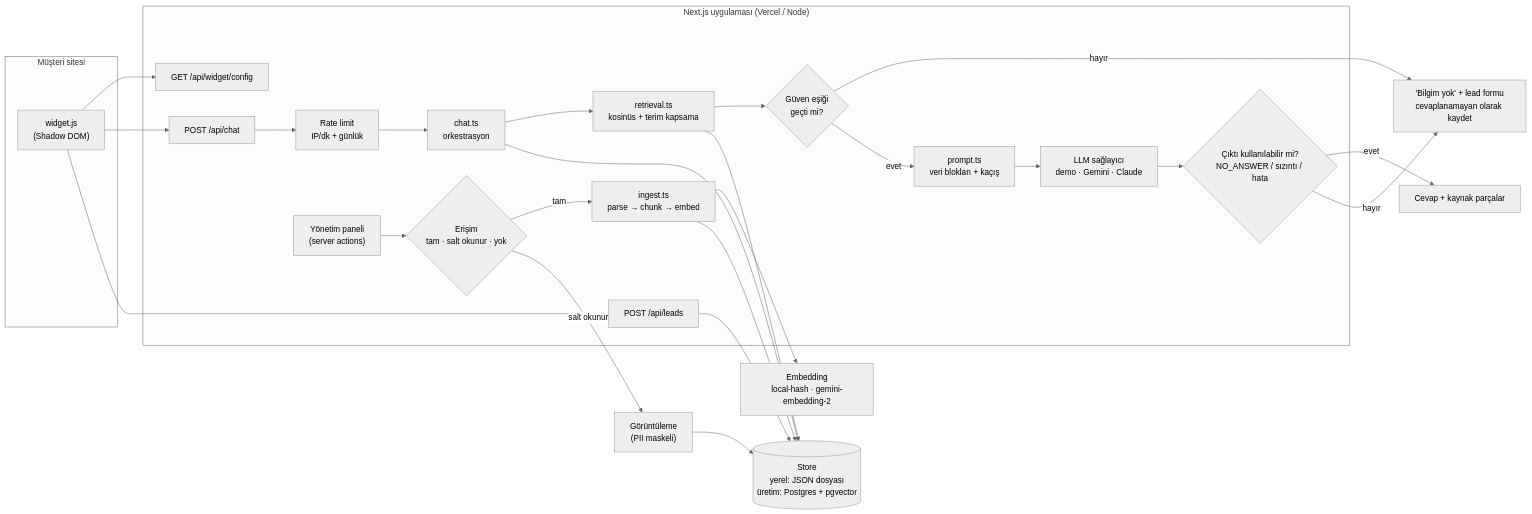
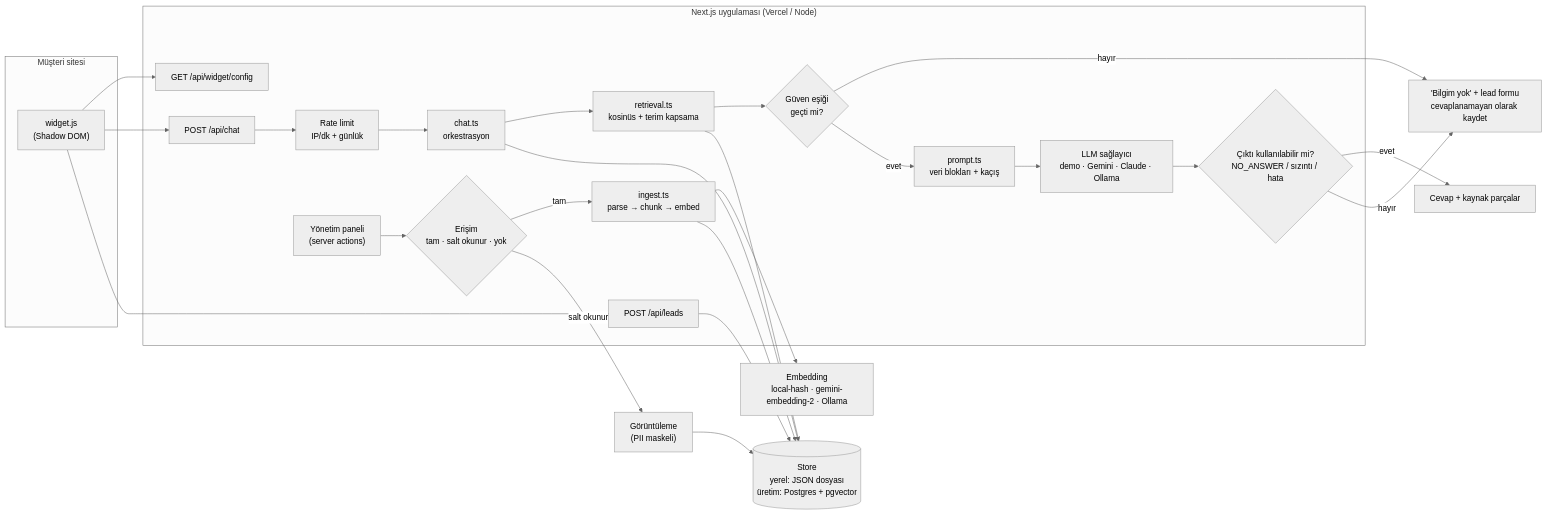
The diagram in README.md (alkanefe22/ai-support-assistant), drawn with Mermaid (neutral theme) before and after one commit. The commit also changed other lines of this file and 10 other files, not shown here.

Commit message:
feat: Ollama provider (local chat + embeddings), provider-agnostic calibrate/live-check, env-tunable retrieval thresholds

````diff
--- a/README.md
+++ b/README.md
@@ -62,39 +63,39 @@
 ```mermaid
 flowchart LR
   subgraph Host["Müşteri sitesi"]
     W["widget.js<br/>(Shadow DOM)"]
   end
 
   subgraph App["Next.js uygulaması (Vercel / Node)"]
     CFG["GET /api/widget/config"]
     CHAT["POST /api/chat"]
     LEAD["POST /api/leads"]
     RL["Rate limit<br/>IP/dk + günlük"]
     ORCH["chat.ts<br/>orkestrasyon"]
     RET["retrieval.ts<br/>kosinüs + terim kapsama"]
     GATE{"Güven eşiği<br/>geçti mi?"}
     PROMPT["prompt.ts<br/>veri blokları + kaçış"]
-    LLM["LLM sağlayıcı<br/>demo · Gemini · Claude"]
+    LLM["LLM sağlayıcı<br/>demo · Gemini · Claude · Ollama"]
     GUARD{"Çıktı kullanılabilir mi?<br/>NO_ANSWER / sızıntı / hata"}
     ADMIN["Yönetim paneli<br/>(server actions)"]
     ACL{"Erişim<br/>tam · salt okunur · yok"}
     ING["ingest.ts<br/>parse → chunk → embed"]
   end
 
   DB[("Store<br/>yerel: JSON dosyası<br/>üretim: Postgres + pgvector")]
-  EMB["Embedding<br/>local-hash · gemini-embedding-2"]
+  EMB["Embedding<br/>local-hash · gemini-embedding-2 · Ollama"]
 
   W --> CFG
   W --> CHAT --> RL --> ORCH --> RET --> GATE
   GATE -- hayır --> HO["'Bilgim yok' + lead formu<br/>cevaplanamayan olarak kaydet"]
   GATE -- evet --> PROMPT --> LLM --> GUARD
   GUARD -- evet --> ANS["Cevap + kaynak parçalar"]
   GUARD -- hayır --> HO
   W --> LEAD --> DB
   ADMIN --> ACL
   ACL -- tam --> ING --> EMB
   ING --> DB
   ACL -- salt okunur --> VIEW["Görüntüleme<br/>(PII maskeli)"] --> DB
   RET --> DB
   ORCH --> DB
 ```
````
